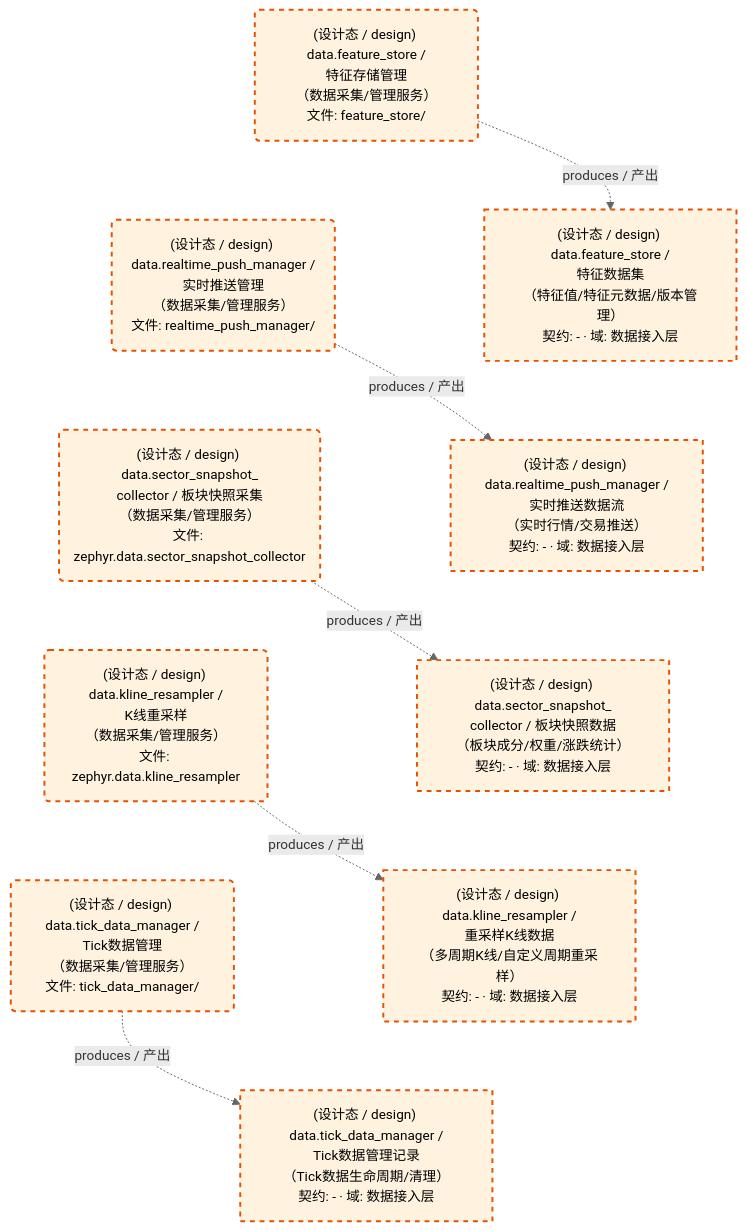
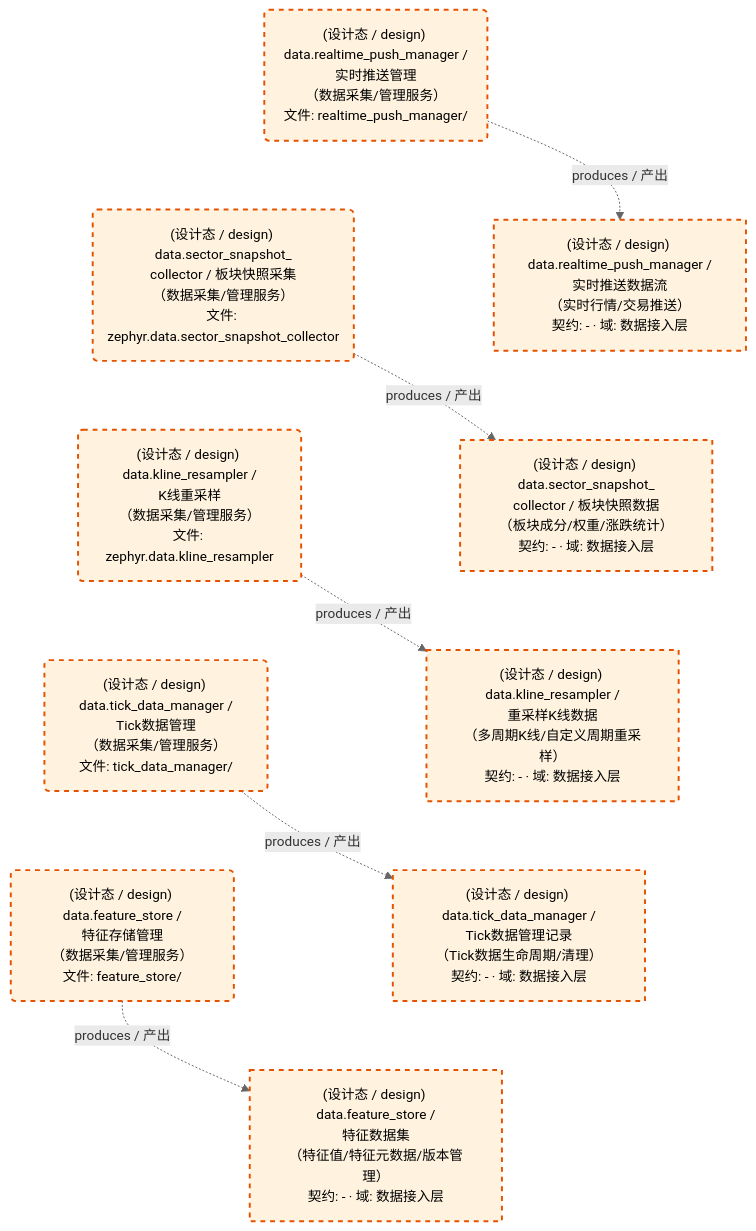
One commit to xuanFelixVan/ZephyrAlpha changed the second of 2 diagrams in docs/02_enterprise_architecture/05_dataflow_architecture/d_data.md. Above: the diagram before and after it, drawn with Mermaid. The commit also changed other lines of this file and 190 other files, not shown here.

````diff
--- a/docs/02_enterprise_architecture/05_dataflow_architecture/d_data.md
+++ b/docs/02_enterprise_architecture/05_dataflow_architecture/d_data.md
@@ -90,32 +90,32 @@
 ```mermaid
 %%{init: {'theme': 'base', 'themeVariables': {'primaryColor': '#eaeaea', 'primaryTextColor': '#333333', 'primaryBorderColor': '#666666', 'lineColor': '#666666', 'secondaryColor': '#eaeaea', 'tertiaryColor': '#eaeaea', 'clusterBkg': 'transparent', 'clusterBorder': 'transparent', 'fontSize': '14px'}}}%%
 flowchart TD
     DS11253["(设计态 / design) data.feature_store /<br/>特征数据集<br/>（特征值/特征元数据/版本管理）<br/>契约: - · 域: 数据接入层"]
     DS11256["(设计态 / design) data.kline_resampler /<br/>重采样K线数据<br/>（多周期K线/自定义周期重采样）<br/>契约: - · 域: 数据接入层"]
     DS11254["(设计态 / design) data.realtime_push_manager /<br/>实时推送数据流<br/>（实时行情/交易推送）<br/>契约: - · 域: 数据接入层"]
     DS11257["(设计态 / design) data.sector_snapshot_<br/>collector / 板块快照数据<br/>（板块成分/权重/涨跌统计）<br/>契约: - · 域: 数据接入层"]
     DS11255["(设计态 / design) data.tick_data_manager /<br/>Tick数据管理记录<br/>（Tick数据生命周期/清理）<br/>契约: - · 域: 数据接入层"]
     JOB757617("(设计态 / design) data.feature_store /<br/>特征存储管理<br/>（数据采集/管理服务）<br/>文件: feature_store/")
     JOB757620("(设计态 / design) data.kline_resampler /<br/>K线重采样<br/>（数据采集/管理服务）<br/>文件: zephyr.data.kline_resampler")
     JOB757618("(设计态 / design) data.realtime_push_manager /<br/>实时推送管理<br/>（数据采集/管理服务）<br/>文件: realtime_push_manager/")
     JOB757621("(设计态 / design) data.sector_snapshot_<br/>collector / 板块快照采集<br/>（数据采集/管理服务）<br/>文件: zephyr.data.sector_snapshot_collector")
     JOB757619("(设计态 / design) data.tick_data_manager /<br/>Tick数据管理<br/>（数据采集/管理服务）<br/>文件: tick_data_manager/")
     JOB757617 -.->|produces / 产出| DS11253
     JOB757618 -.->|produces / 产出| DS11254
     JOB757619 -.->|produces / 产出| DS11255
     JOB757620 -.->|produces / 产出| DS11256
     JOB757621 -.->|produces / 产出| DS11257
-    JOB757617 ~~~ JOB757618
     JOB757618 ~~~ JOB757621
     JOB757621 ~~~ JOB757620
     JOB757620 ~~~ JOB757619
-    DS11253 ~~~ DS11254
+    JOB757619 ~~~ JOB757617
     DS11254 ~~~ DS11257
     DS11257 ~~~ DS11256
     DS11256 ~~~ DS11255
+    DS11255 ~~~ DS11253
     classDef production fill:#e1f5fe,stroke:#01579b,stroke-width:2px,color:#000
     classDef design fill:#fff3e0,stroke:#e65100,stroke-width:2px,color:#000,stroke-dasharray: 5 5
     classDef external_prod fill:#e8f4fd,stroke:#0277bd,stroke-width:1px,color:#000
     classDef external_design fill:#fff8e7,stroke:#ef6c00,stroke-width:1px,color:#000,stroke-dasharray: 5 5
     class DS11253,DS11256,DS11254,DS11257,DS11255,JOB757617,JOB757620,JOB757618,JOB757621,JOB757619 design
 ```
````
